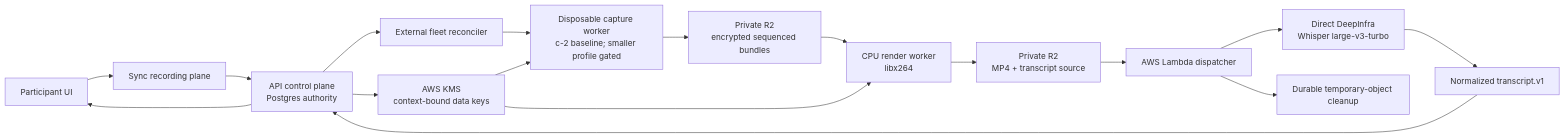
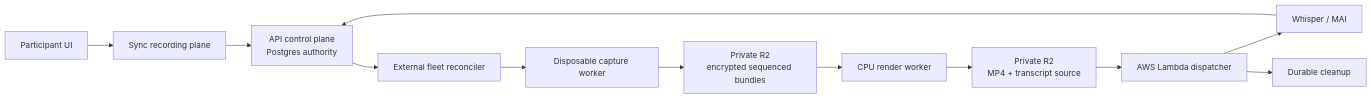
One commit to Q9Labs/chalk changed the diagram in docs/recording-transcription.md. Above: the diagram before and after it, drawn with Mermaid. The commit also changed other lines of this file and 68 other files, not shown here.

````diff
--- a/docs/recording-transcription.md
+++ b/docs/recording-transcription.md
@@ -30,19 +17,14 @@
 ```mermaid
 flowchart LR
   participant[Participant UI] --> sync[Sync recording plane]
   sync --> api[API control plane<br/>Postgres authority]
   api --> fleet[External fleet reconciler]
-  fleet --> capture[Disposable capture worker<br/>c-2 baseline; smaller profile gated]
+  fleet --> capture[Disposable capture worker]
   capture --> temp[Private R2<br/>encrypted sequenced bundles]
-  api --> kms[AWS KMS<br/>context-bound data keys]
-  temp --> render[CPU render worker<br/>libx264]
-  kms --> capture
-  kms --> render
+  temp --> render[CPU render worker]
   render --> artifact[Private R2<br/>MP4 + transcript source]
   artifact --> dispatcher[AWS Lambda dispatcher]
-  dispatcher --> asr[Direct DeepInfra<br/>Whisper large-v3-turbo]
-  asr --> transcript[Normalized transcript.v1]
-  transcript --> api
-  api --> participant
-  dispatcher --> cleanup[Durable temporary-object cleanup]
+  dispatcher --> asr[Whisper / MAI]
+  asr --> api
+  dispatcher --> cleanup[Durable cleanup]
 ```
````
